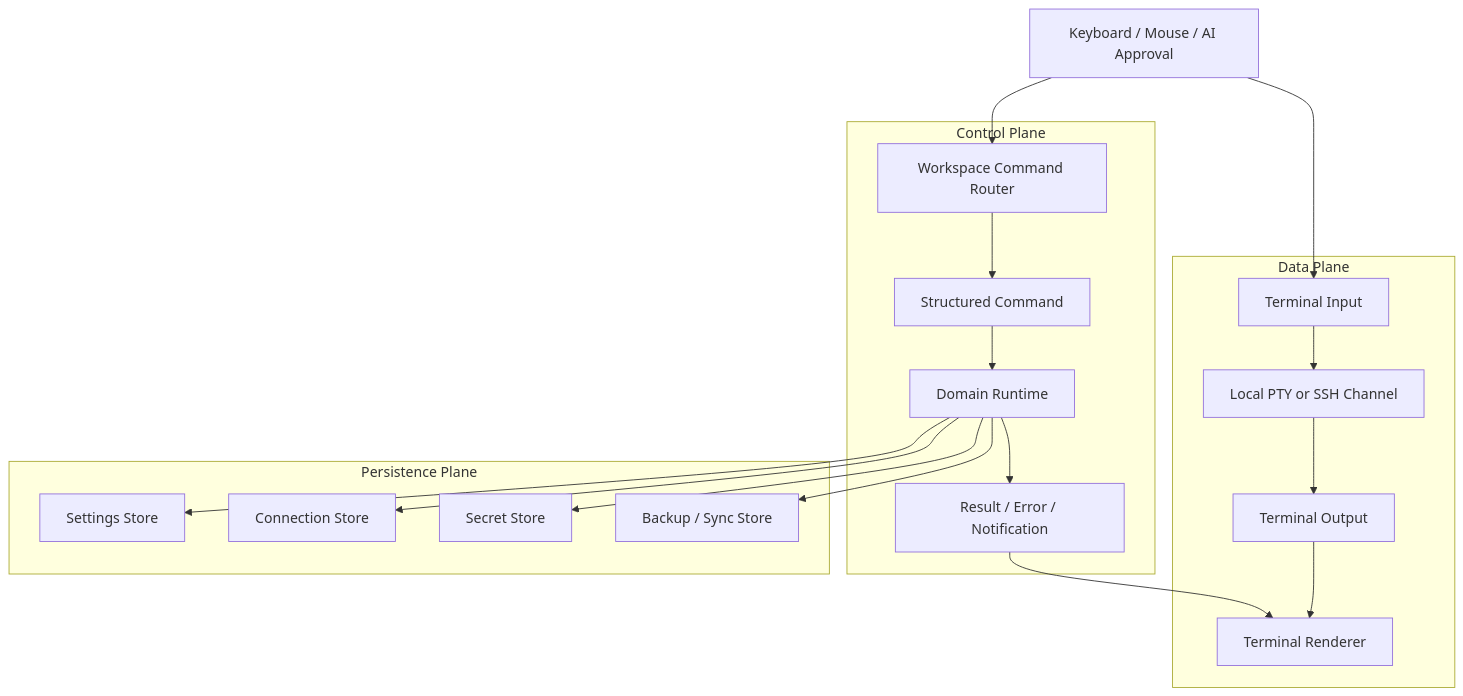
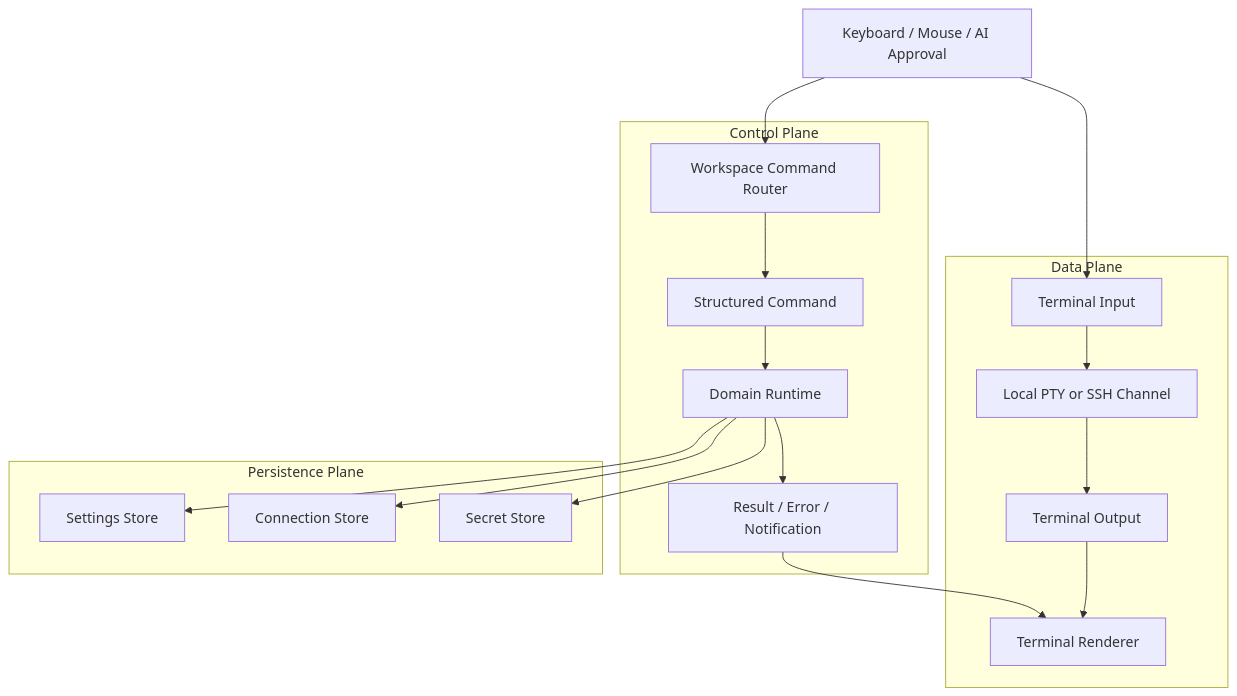
The third of 14 diagrams in docs/user-guide/en/architecture.md (imeilige/oxideterm), drawn with Mermaid before and after one commit. The commit also changed other lines of this file and 171 other files, not shown here.

Commit message:
v2.2.8: Remove cloud sync and relocate the oxide plugin settings store

````diff
--- a/docs/user-guide/en/architecture.md
+++ b/docs/user-guide/en/architecture.md
@@ -282,28 +273,27 @@
 ```mermaid
 flowchart TB
     Input["Keyboard / Mouse / AI Approval"] --> Router["Workspace Command Router"]
 
     subgraph DataPlane["Data Plane"]
         TermIn["Terminal Input"]
         PtyOrSsh["Local PTY or SSH Channel"]
         TermOut["Terminal Output"]
         Renderer["Terminal Renderer"]
         TermIn --> PtyOrSsh --> TermOut --> Renderer
     end
 
     subgraph ControlPlane["Control Plane"]
         Router --> Cmd["Structured Command"]
         Cmd --> Domain["Domain Runtime"]
         Domain --> Result["Result / Error / Notification"]
     end
 
     subgraph PersistencePlane["Persistence Plane"]
         Domain --> SettingsStore["Settings Store"]
         Domain --> ConnectionStore["Connection Store"]
         Domain --> SecretStore["Secret Store"]
-        Domain --> BackupStore["Backup / Sync Store"]
     end
 
     Input --> TermIn
     Result --> Renderer
 ```
````
